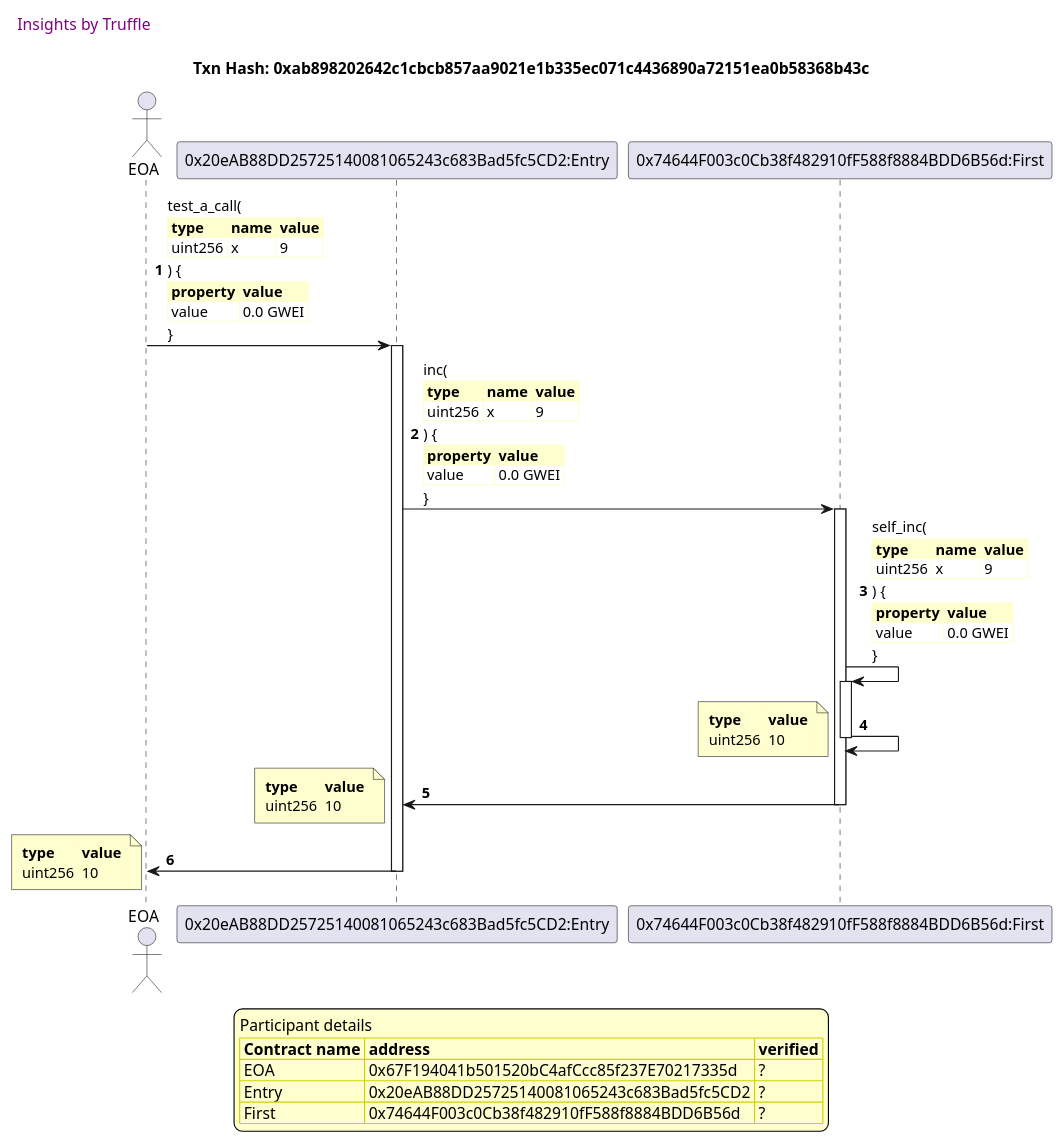
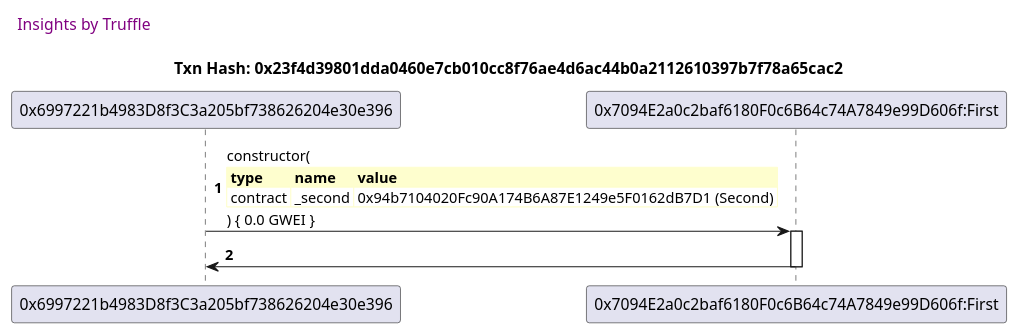
One commit to trufflesuite/txlog-seedlings changed the second of 3 diagrams in truffle-seq/basics.md. Above: the diagram before and after it, drawn with PlantUML. The commit also changed other lines of this file and 3 other files, not shown here.

````diff
--- a/truffle-seq/basics.md
+++ b/truffle-seq/basics.md
@@ -29,67 +62,14 @@
 
 header Insights by Truffle
 
-title Txn Hash: 0xab898202642c1cbcb857aa9021e1b335ec071c4436890a72151ea0b58368b43c
+title Txn Hash: 0x23f4d39801dda0460e7cb010cc8f76ae4d6ac44b0a2112610397b7f78a65cac2
 
 
-actor EOA as "EOA"
-
-participant Entry as "0x20eAB88DD25725140081065243c683Bad5fc5CD2:Entry"
-
-participant First as "0x74644F003c0Cb38f482910fF588f8884BDD6B56d:First"
-
-"EOA" -> "Entry" ++: test_a_call(\n\
+"0x6997221b4983D8f3C3a205bf738626204e30e396" -> "0x7094E2a0c2baf6180F0c6B64c74A7849e99D606f:First" ++: constructor(\n\
 <#FEFECE,#FEFECE>|= type |= name |= value |\n\
-| uint256 | x | 9 |\n\
-) {\n\
-<#FEFECE,#FEFECE>|= property |= value|\n\
-| value | 0.0 GWEI |\n\
-}
-
-"Entry" -> "First" ++: inc(\n\
-<#FEFECE,#FEFECE>|= type |= name |= value |\n\
-| uint256 | x | 9 |\n\
-) {\n\
-<#FEFECE,#FEFECE>|= property |= value|\n\
-| value | 0.0 GWEI |\n\
-}
-
-"First" -> "First" ++: self_inc(\n\
-<#FEFECE,#FEFECE>|= type |= name |= value |\n\
-| uint256 | x | 9 |\n\
-) {\n\
-<#FEFECE,#FEFECE>|= property |= value|\n\
-| value | 0.0 GWEI |\n\
-}
-
-"First" -> "First" --: 
-note left #FEFECE
-<#FEFECE,#FEFECE>|= type |= value |
-| uint256 | 10 |
-end note
-
-"First" -> "Entry" --: 
-note left #FEFECE
-<#FEFECE,#FEFECE>|= type |= value |
-| uint256 | 10 |
-end note
-
-"Entry" -> "EOA" --: 
-note left #FEFECE
-<#FEFECE,#FEFECE>|= type |= value |
-| uint256 | 10 |
-end note
-
-
-
-legend
-Participant details
-<#FEFECE,#D0D000>|= Contract name |= address |= verified |
-<#FEFECE>| EOA | 0x67F194041b501520bC4afCcc85f237E70217335d | ? |
-<#FEFECE>| Entry | 0x20eAB88DD25725140081065243c683Bad5fc5CD2 | ? |
-<#FEFECE>| First | 0x74644F003c0Cb38f482910fF588f8884BDD6B56d | ? |
-endlegend
-
+| contract | _second | 0x94b7104020Fc90A174B6A87E1249e5F0162dB7D1 (Second) |\n\
+) { 0.0 GWEI }
+"0x7094E2a0c2baf6180F0c6B64c74A7849e99D606f:First" -> "0x6997221b4983D8f3C3a205bf738626204e30e396" --: 
 
 @enduml
 ```
````
